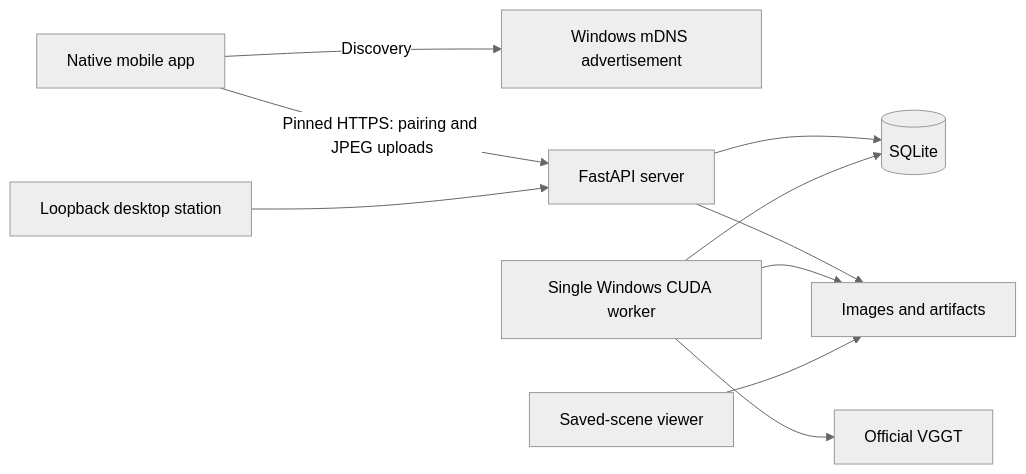
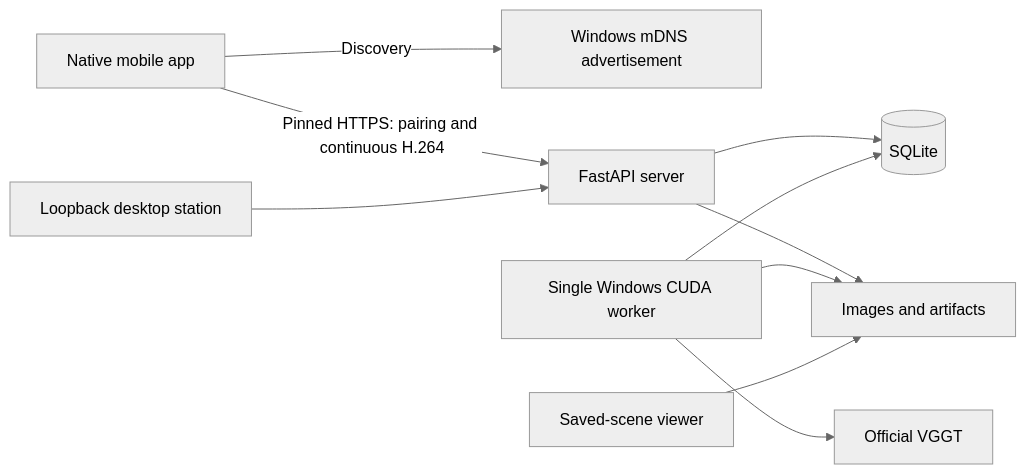
One commit to Sambhav242005/IotDesgin changed the diagram in DESIGN.md. Above: the diagram before and after it, drawn with Mermaid (neutral theme). The commit also changed other lines of this file and 55 other files, not shown here.

Commit message:
Add continuous phone capture, reconstruction replay and COLMAP diagnostics

````diff
--- a/DESIGN.md
+++ b/DESIGN.md
@@ -7,12 +13,12 @@
 ```mermaid
 flowchart LR
     Phone[Native mobile app] -->|Discovery| MDNS[Windows mDNS advertisement]
-    Phone -->|Pinned HTTPS: pairing and JPEG uploads| API[FastAPI server]
+    Phone -->|Pinned HTTPS: pairing and continuous H.264| API[FastAPI server]
     API --> DB[(SQLite)]
     API --> Files[Images and artifacts]
     Worker[Single Windows CUDA worker] --> DB
     Worker --> Files
     Worker --> VGGT[Official VGGT]
     Desktop[Loopback desktop station] --> API
     Viewer[Saved-scene viewer] --> Files
 ```
````
